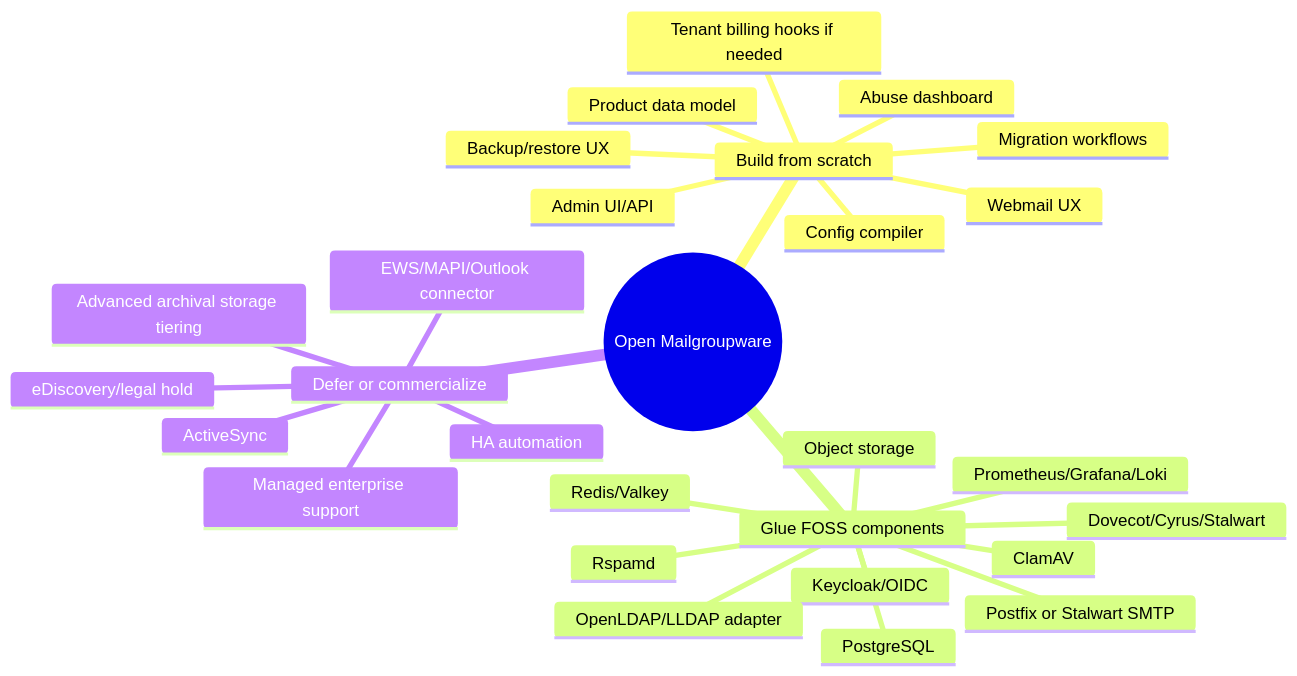
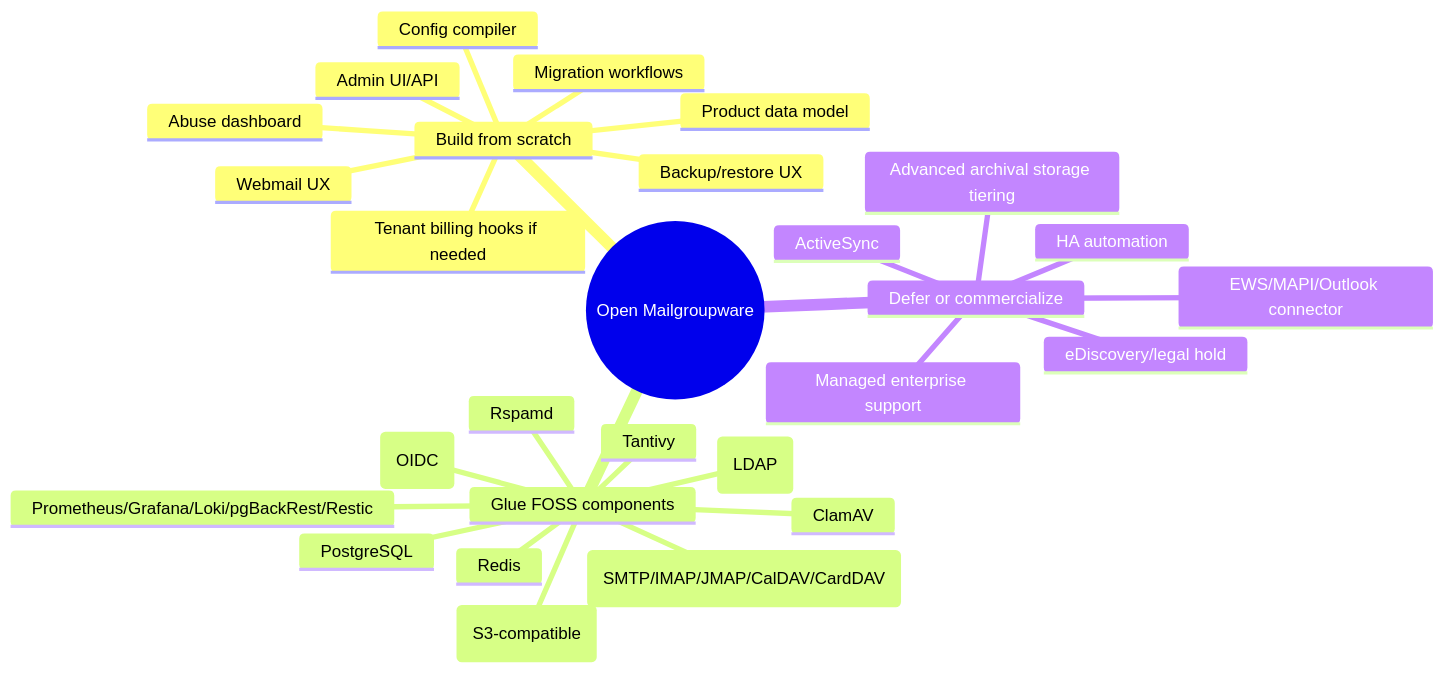
The second of 3 diagrams in docs/01-component-catalog.md (microscaler/opengroupware), drawn with Mermaid before and after one commit. The commit also changed other lines of this file and 39 other files, not shown here.

````diff
--- a/docs/01-component-catalog.md
+++ b/docs/01-component-catalog.md
@@ -104,31 +96,31 @@
 ```mermaid
 mindmap
   root((Open Mailgroupware))
     Build from scratch
       Admin UI/API
       Product data model
       Config compiler
       Webmail UX
       Abuse dashboard
       Migration workflows
       Backup/restore UX
       Tenant billing hooks if needed
     Glue FOSS components
-      Postfix or Stalwart SMTP
+      Stalwart (SMTP/IMAP/JMAP/CalDAV/CardDAV)
       Rspamd
       ClamAV
-      Dovecot/Cyrus/Stalwart
-      Keycloak/OIDC
-      OpenLDAP/LLDAP adapter
+      Authentik (OIDC)
+      LLDAP (LDAP)
       PostgreSQL
-      Redis/Valkey
-      Object storage
-      Prometheus/Grafana/Loki
+      Redis
+      MinIO (S3-compatible)
+      Tantivy
+      Prometheus/Grafana/Loki/pgBackRest/Restic
     Defer or commercialize
       ActiveSync
       EWS/MAPI/Outlook connector
       eDiscovery/legal hold
       Advanced archival storage tiering
       Managed enterprise support
       HA automation
 ```
````
